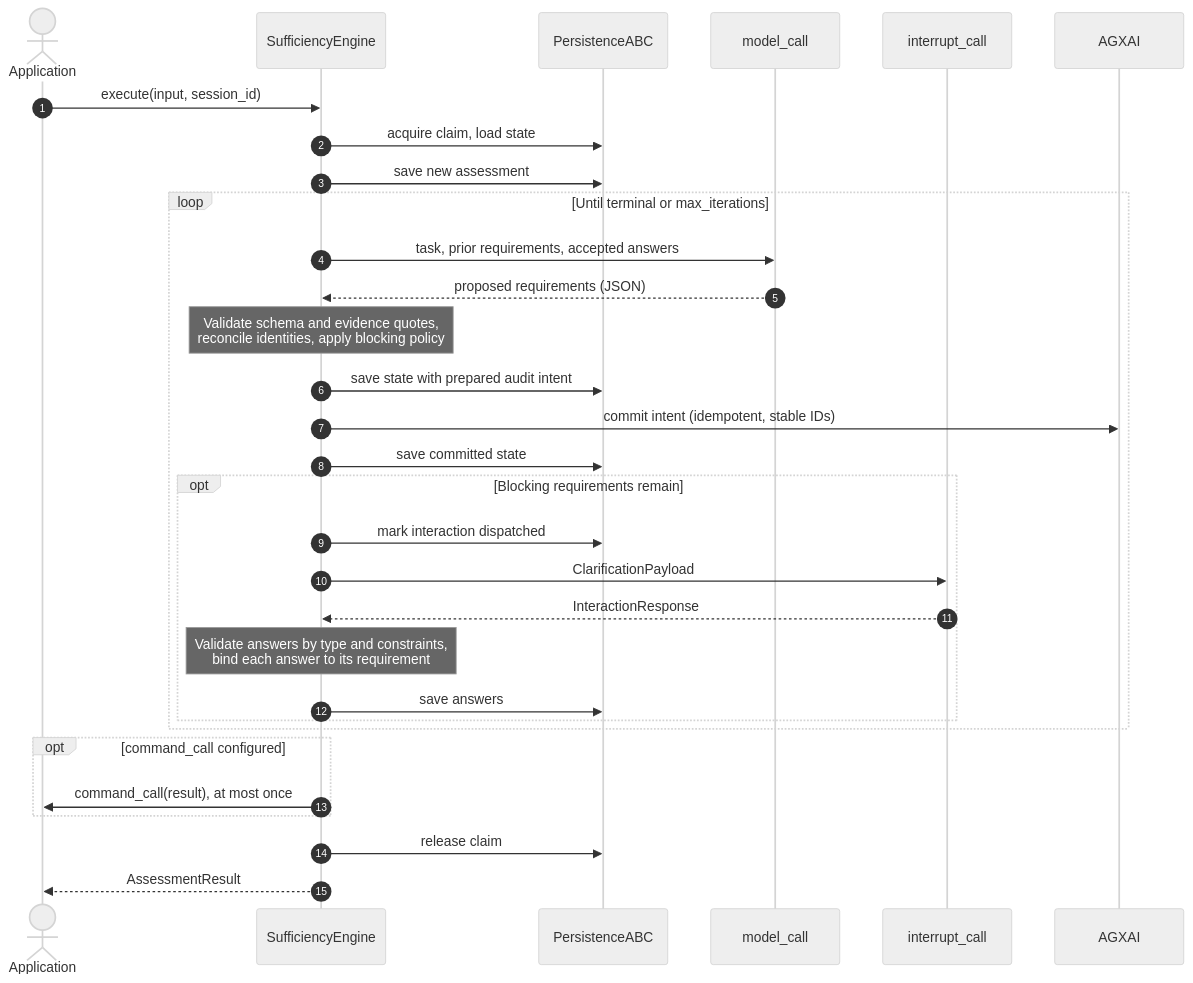
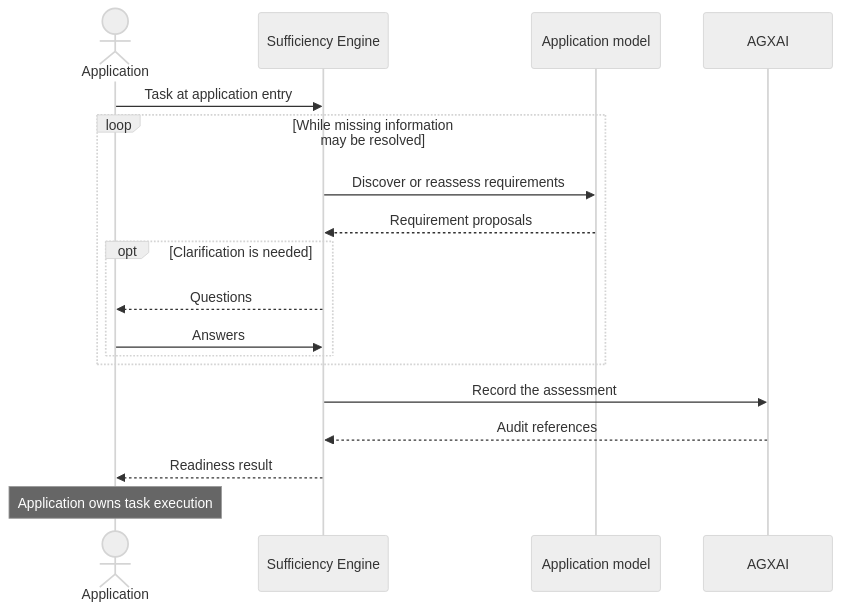
The diagram in diagrams/assessment-flow.mmd (smuniharish/sufficiency-engine), drawn with Mermaid (neutral theme) before and after one commit. The commit also changed 32 other files, not shown here.

```diff
--- a/diagrams/assessment-flow.mmd
+++ b/diagrams/assessment-flow.mmd
@@ -1,32 +1,19 @@
 sequenceDiagram
-    autonumber
-    actor Host as Application
-    participant Engine as SufficiencyEngine
-    participant Store as PersistenceABC
-    participant Model as model_call
-    participant User as interrupt_call
-    participant Audit as AGXAI
+    actor App as Application
+    participant Engine as Sufficiency Engine
+    participant Model as Application model
+    participant AGXAI
 
-    Host->>Engine: execute(input, session_id)
-    Engine->>Store: acquire claim, load state
-    Engine->>Store: save new assessment
-    loop Until terminal or max_iterations
-        Engine->>Model: task, prior requirements, accepted answers
-        Model-->>Engine: proposed requirements (JSON)
-        Note over Engine: Validate schema and evidence quotes,<br/>reconcile identities, apply blocking policy
-        Engine->>Store: save state with prepared audit intent
-        Engine->>Audit: commit intent (idempotent, stable IDs)
-        Engine->>Store: save committed state
-        opt Blocking requirements remain
-            Engine->>Store: mark interaction dispatched
-            Engine->>User: ClarificationPayload
-            User-->>Engine: InteractionResponse
-            Note over Engine: Validate answers by type and constraints,<br/>bind each answer to its requirement
-            Engine->>Store: save answers
+    App->>Engine: Task at application entry
+    loop While missing information may be resolved
+        Engine->>Model: Discover or reassess requirements
+        Model-->>Engine: Requirement proposals
+        opt Clarification is needed
+            Engine-->>App: Questions
+            App->>Engine: Answers
         end
     end
-    opt command_call configured
-        Engine->>Host: command_call(result), at most once
-    end
-    Engine->>Store: release claim
-    Engine-->>Host: AssessmentResult
+    Engine->>AGXAI: Record the assessment
+    AGXAI-->>Engine: Audit references
+    Engine-->>App: Readiness result
+    Note over App: Application owns task execution
```
